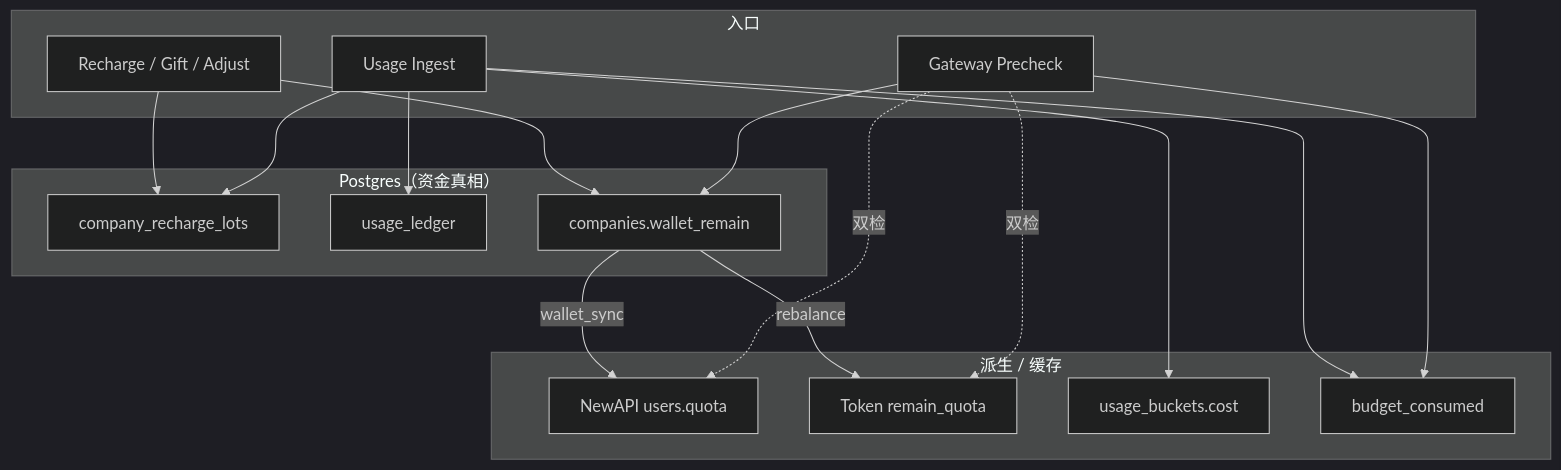
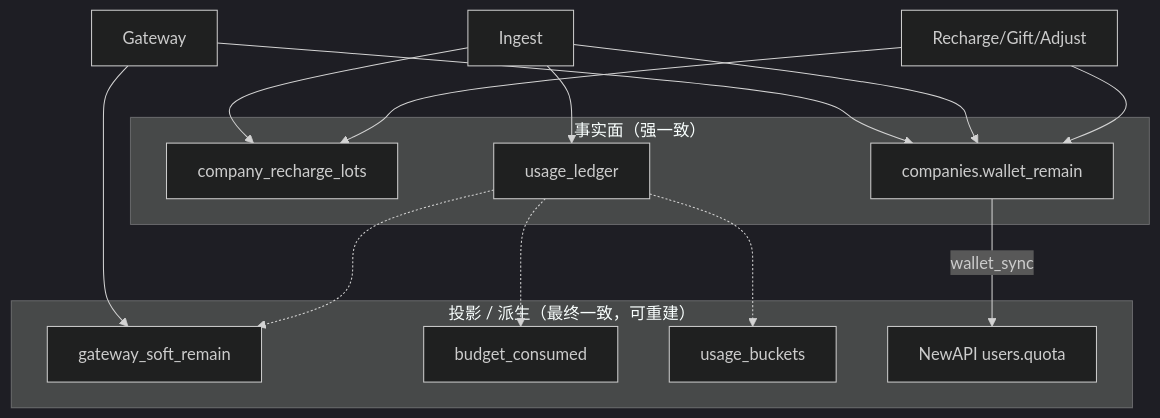
Before and after one commit to quyip8818/mytokenjoy: the second of 6 diagrams in docs/Backend-计费模式.md, drawn with Mermaid (dark theme). The commit also changed other lines of this file and 23 other files, not shown here.

````diff
--- a/docs/Backend-计费模式.md
+++ b/docs/Backend-计费模式.md
@@ -89,34 +81,25 @@
 ```mermaid
 flowchart TB
-    subgraph SSOT["Postgres（资金真相）"]
-        LOT[company_recharge_lots]
-        LED[usage_ledger]
-        BP[companies.wallet_remain]
-    end
-
-    subgraph Derived["派生 / 缓存"]
-        NA[NewAPI users.quota]
-        TK[Token remain_quota]
-        BK[usage_buckets.cost]
-        SN[budget_consumed]
-    end
-
-    subgraph Entry["入口"]
-        GW[Gateway Precheck]
-        ING[Usage Ingest]
-        RCH[Recharge / Gift / Adjust]
-    end
-
-    RCH --> LOT
-    RCH --> BP
-    ING --> LOT
-    ING --> LED
-    ING --> SN
-    ING --> BK
-    BP -->|wallet_sync| NA
-    BP -->|rebalance| TK
-    GW --> BP
-    GW --> SN
-    GW -.->|双检| NA
-    GW -.->|双检| TK
+  subgraph SSOT["事实面（强一致）"]
+    LOT[company_recharge_lots]
+    LED[usage_ledger]
+    BP[companies.wallet_remain]
+  end
+  subgraph Derived["投影 / 派生（最终一致，可重建）"]
+    Soft[gateway_soft_remain]
+    SN[budget_consumed]
+    BK[usage_buckets]
+    NA[NewAPI users.quota]
+  end
+  RCH[Recharge/Gift/Adjust] --> LOT
+  RCH --> BP
+  ING[Ingest] --> LOT
+  ING --> LED
+  ING --> BP
+  LED -.-> Soft
+  LED -.-> SN
+  LED -.-> BK
+  BP -->|wallet_sync| NA
+  GW[Gateway] --> BP
+  GW --> Soft
 ```
````
